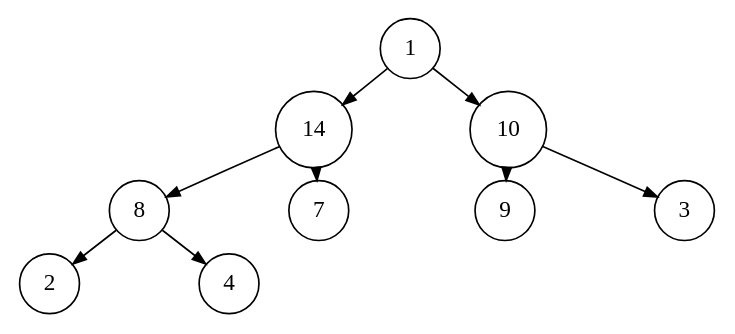
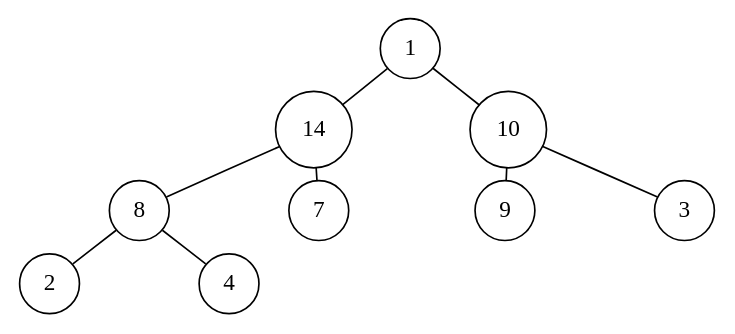
The diagram in Assignments/Assignment 2/Graphs/Q2/A/BT2A1.gv (fletchto99/CSI2110), drawn with Graphviz before and after one commit. The commit also changed 21 other files, not shown here.

Commit message:
Generated graphs

```diff
--- a/Assignments/Assignment 2/Graphs/Q2/A/BT2A1.gv
+++ b/Assignments/Assignment 2/Graphs/Q2/A/BT2A1.gv
@@ -1,16 +1,16 @@
 digraph BT2A1 {
     nodesep=1;
     ranksep=0.1;
     margin=0;
     graph [ordering="out"]
     node [shape=circle];
-    edge [arrowsize=0.8];
+    edge [arrowsize=0.8, arrowhead=none, arrowtail=none];
     1 -> 14;
     1 -> 10;
     14 -> 8;
     14 -> 7;
     10 -> 9;
     10 -> 3;
     8 -> 2;
     8 -> 4;
 }
```
